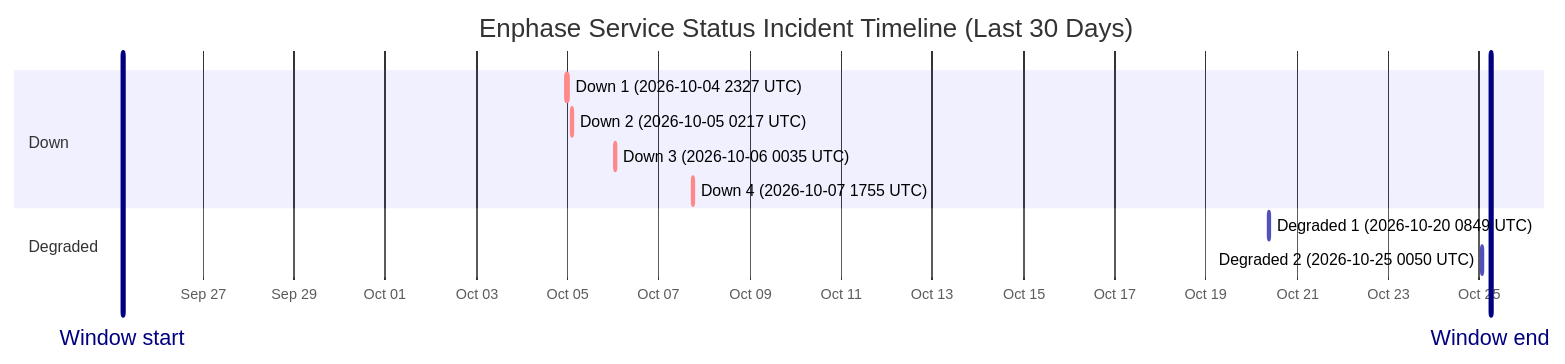
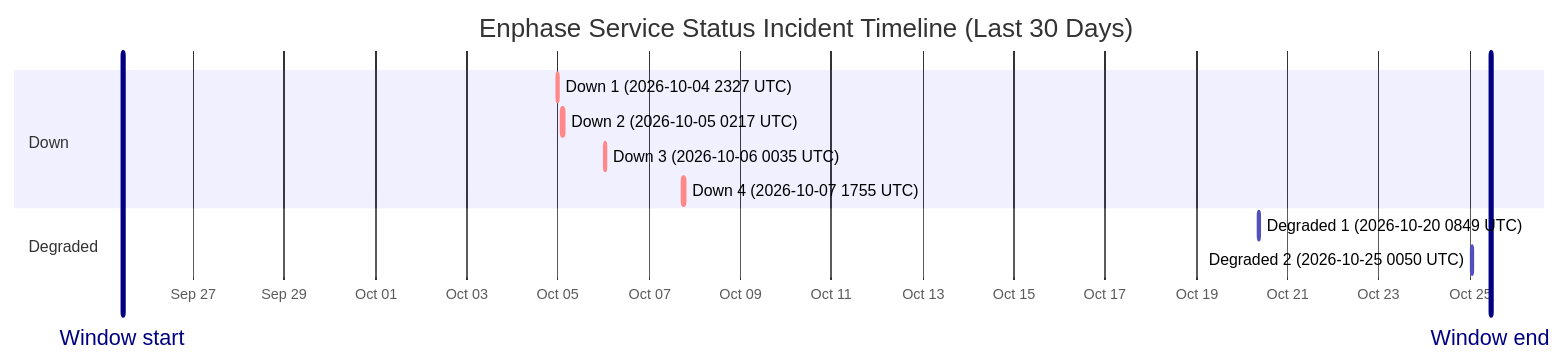
One commit to barneyonline/ha-enphase-energy changed the diagram in wiki/Service-Status-History.md. Above: the diagram before and after it, drawn with Mermaid. The commit also changed other lines of this file and 3 other files, not shown here.

````diff
--- a/wiki/Service-Status-History.md
+++ b/wiki/Service-Status-History.md
@@ -14,16 +14,16 @@
 ```mermaid
 gantt
     title Enphase Service Status Incident Timeline (Last 30 Days)
     dateFormat  YYYY-MM-DDTHH:mm:ss
     axisFormat  %b %d
-    Window start :vert, window-start, 2026-09-25T05:41:45, 0ms
-    Window end :vert, window-end, 2026-10-25T05:41:45, 0ms
+    Window start :vert, window-start, 2026-09-25T10:45:43, 0ms
+    Window end :vert, window-end, 2026-10-25T10:45:43, 0ms
     section Down
     Down 1 (2026-10-04 2327 UTC) :crit, down-1, 2026-10-04T23:27:34, 60m
     Down 2 (2026-10-05 0217 UTC) :crit, down-2, 2026-10-05T02:17:30, 60m
     Down 3 (2026-10-06 0035 UTC) :crit, down-3, 2026-10-06T00:35:21, 60m
     Down 4 (2026-10-07 1755 UTC) :crit, down-4, 2026-10-07T17:55:16, 60m
     section Degraded
     Degraded 1 (2026-10-20 0849 UTC) :active, degraded-1, 2026-10-20T08:49:49, 60m
     Degraded 2 (2026-10-25 0050 UTC) :active, degraded-2, 2026-10-25T00:50:01, 60m
 ```
````
